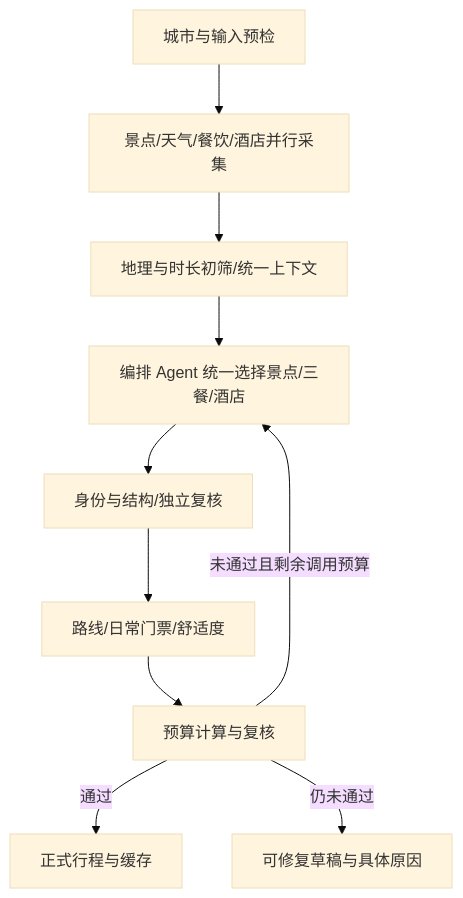
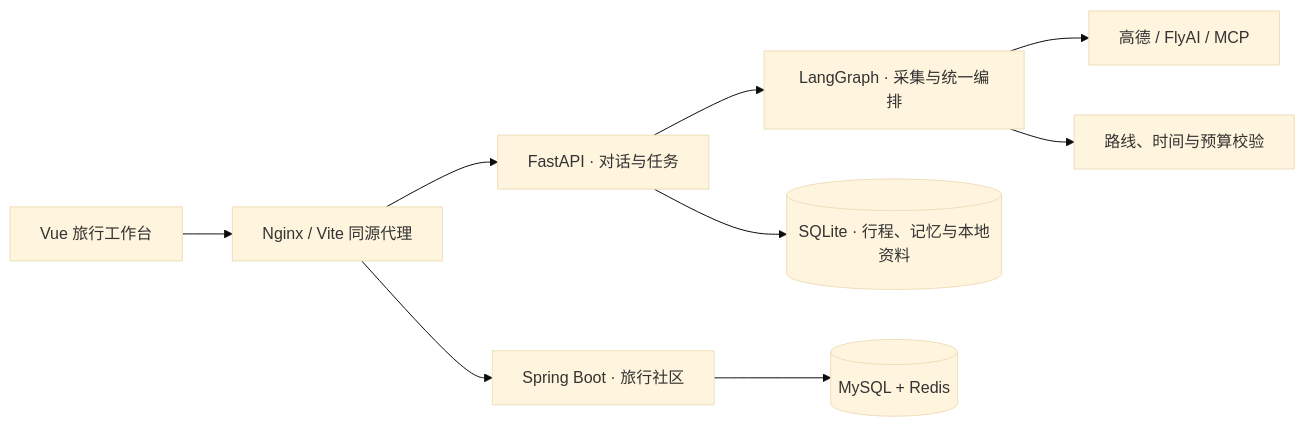
Before and after one commit to khanvhujil-byte/yuncheng-agent: the diagram in README.md, drawn with Mermaid (base theme). The commit also changed other lines of this file and 6 other files, not shown here.

````diff
--- a/README.md
+++ b/README.md
@@ -47,12 +47,11 @@
 ```mermaid
-flowchart TD
-    A[城市与输入预检] --> B[景点/天气/餐饮/酒店并行采集]
-    B --> C[地理与时长初筛/统一上下文]
-    C --> D[编排 Agent 统一选择景点/三餐/酒店]
-    D --> E[身份与结构/独立复核]
-    E --> F[路线/日常门票/舒适度]
-    F --> G[预算计算与复核]
-    G -->|未通过且剩余调用预算| D
-    G -->|通过| H[正式行程与缓存]
-    G -->|仍未通过| I[可修复草稿与具体原因]
+flowchart LR
+    UI[Vue 旅行工作台] --> Gateway[Nginx / Vite 同源代理]
+    Gateway --> API[FastAPI · 对话与任务]
+    API --> Graph[LangGraph · 采集与统一编排]
+    Graph --> Tools[高德 / FlyAI / MCP]
+    Graph --> Check[路线、时间与预算校验]
+    API --> SQLite[(SQLite · 行程、记忆与本地资料)]
+    Gateway --> Java[Spring Boot · 旅行社区]
+    Java --> Business[(MySQL + Redis)]
 ```
````
